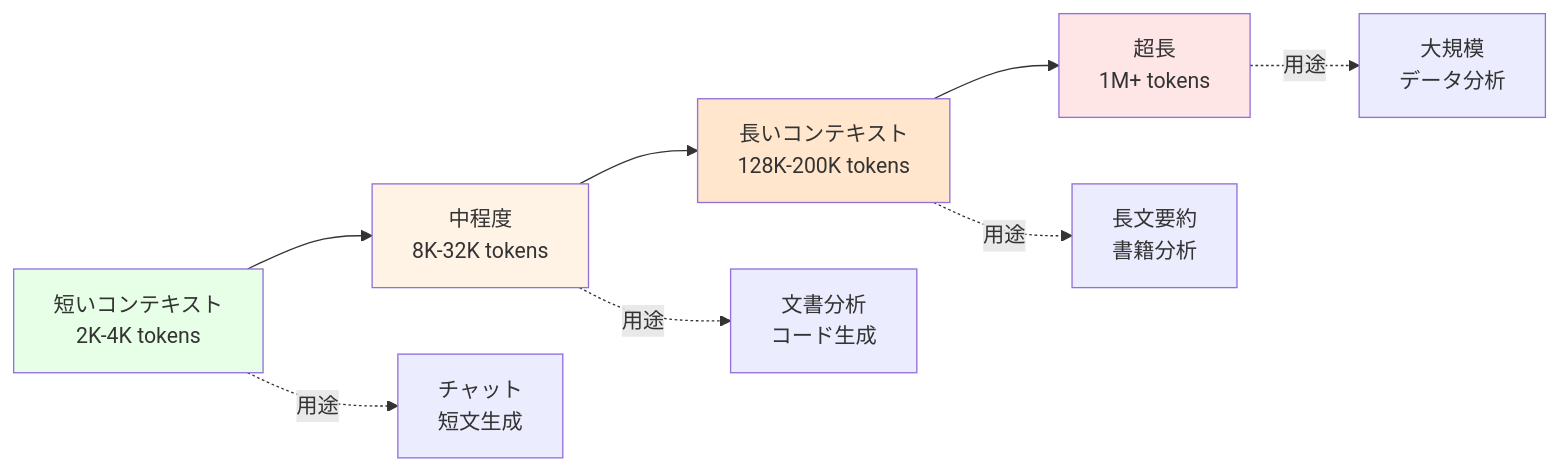
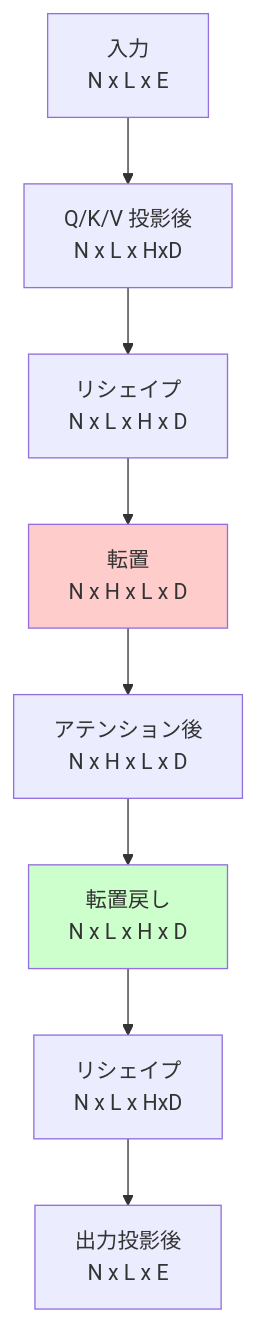
Before and after one commit to littlemex/zenn: the sixth of 6 diagrams in books/tiny-llm-jp-course/week1-01-attention.md, drawn with Mermaid. The commit also changed other lines of this file and 1 other file, not shown here.

````diff
--- a/books/tiny-llm-jp-course/week1-01-attention.md
+++ b/books/tiny-llm-jp-course/week1-01-attention.md
@@ -721,16 +425,13 @@
 ```mermaid
-graph LR
-    Short[短いコンテキスト<br/>2K-4K tokens] --> Med[中程度<br/>8K-32K tokens]
-    Med --> Long[長いコンテキスト<br/>128K-200K tokens]
-    Long --> Ultra[超長<br/>1M+ tokens]
+graph TB
+    S1[入力<br/>N x L x E] --> S2[Q/K/V 投影後<br/>N x L x HxD]
+    S2 --> S3[リシェイプ<br/>N x L x H x D]
+    S3 --> S4[転置<br/>N x H x L x D]
+    S4 --> S5[アテンション後<br/>N x H x L x D]
+    S5 --> S6[転置戻し<br/>N x L x H x D]
+    S6 --> S7[リシェイプ<br/>N x L x HxD]
+    S7 --> S8[出力投影後<br/>N x L x E]
     
-    Short -.->|用途| S1[チャット<br/>短文生成]
-    Med -.->|用途| M1[文書分析<br/>コード生成]
-    Long -.->|用途| L1[長文要約<br/>書籍分析]
-    Ultra -.->|用途| U1[大規模<br/>データ分析]
-    
-    style Short fill:#e6ffe6
-    style Med fill:#fff3e6
-    style Long fill:#ffe6cc
-    style Ultra fill:#ffe6e6
+    style S4 fill:#ffcccc
+    style S6 fill:#ccffcc
 ```
````
